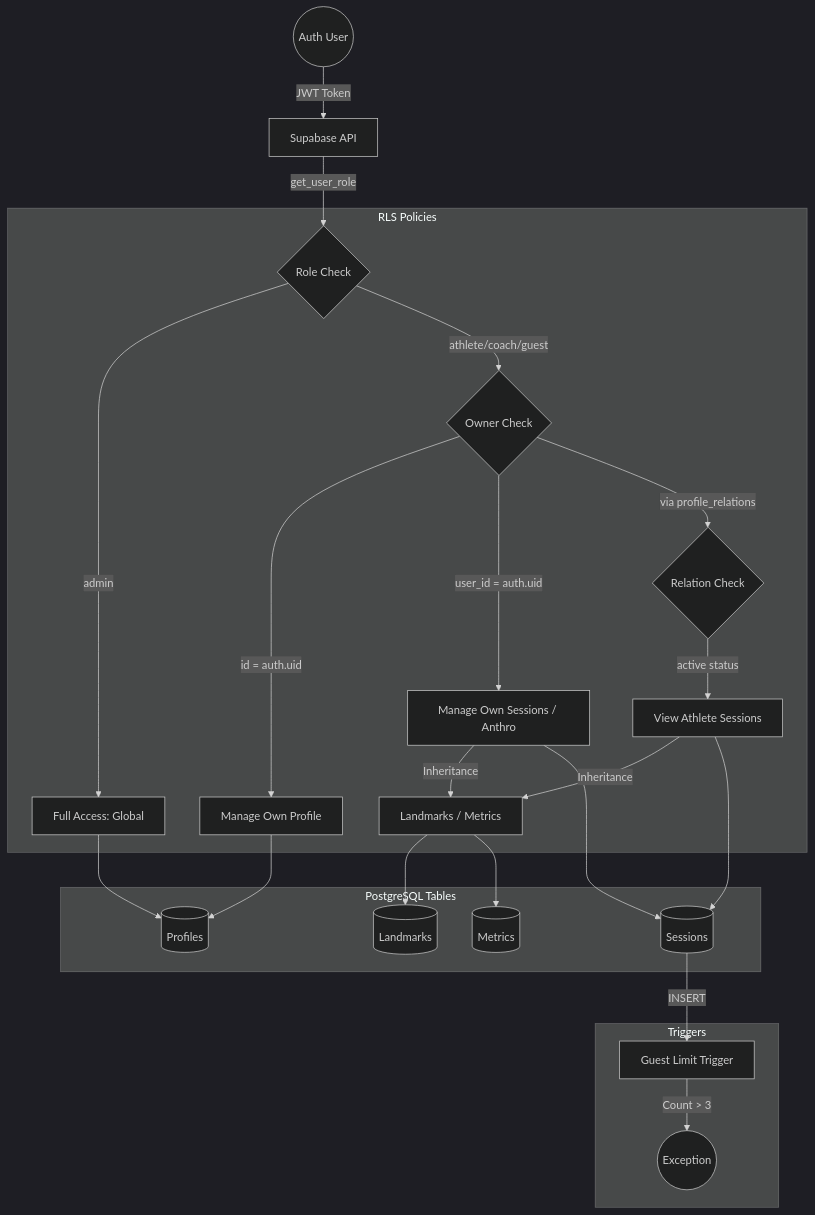
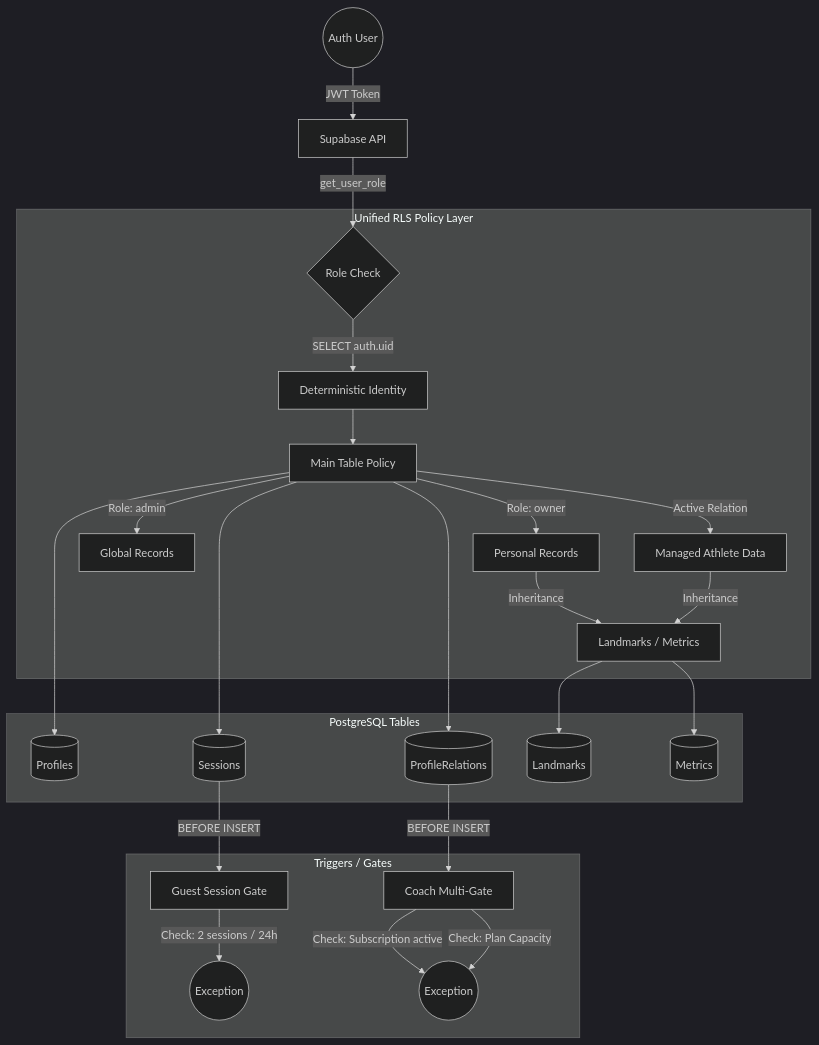
One commit to jc-bioeng/LiftSense changed the diagram in docs/diagrams/rls_flow.md. Above: the diagram before and after it, drawn with Mermaid (dark theme). The commit also changed other lines of this file and 17 other files, not shown here.

First line of the commit message:
feat(db): implement subscription enforcement and RLS performance optimization

````diff
--- a/docs/diagrams/rls_flow.md
+++ b/docs/diagrams/rls_flow.md
@@ -5,35 +5,35 @@
 ```mermaid
 graph TD
     User((Auth User)) -->|JWT Token| Supabase[Supabase API]
     Supabase -->|get_user_role| RoleCheck{Role Check}
     
-    subgraph AccessLogic [RLS Policies]
-        RoleCheck -->|admin| FullAccess[Full Access: Global]
-        RoleCheck -->|athlete/coach/guest| OwnerCheck{Owner Check}
+    subgraph AccessLogic [Unified RLS Policy Layer]
+        RoleCheck -->|SELECT auth.uid| Identity[Deterministic Identity]
+        Identity --> UnifiedPolicy[Main Table Policy]
         
-        OwnerCheck -->|id = auth.uid| OwnProfile[Manage Own Profile]
-        OwnerCheck -->|user_id = auth.uid| OwnSessions[Manage Own Sessions / Anthro]
+        UnifiedPolicy -->|Role: owner| OwnData[Personal Records]
+        UnifiedPolicy -->|Role: admin| AdminAccess[Global Records]
+        UnifiedPolicy -->|Active Relation| AthleteData[Managed Athlete Data]
         
-        OwnerCheck -->|via profile_relations| CoachCheck{Relation Check}
-        CoachCheck -->|active status| AthleteData[View Athlete Sessions]
-        
-        OwnSessions -->|Inheritance| SubData[Landmarks / Metrics]
+        OwnData -->|Inheritance| SubData[Landmarks / Metrics]
         AthleteData -->|Inheritance| SubData
     end
 
     subgraph DataTables [PostgreSQL Tables]
-        OwnProfile --> Profiles[(Profiles)]
-        FullAccess --> Profiles
-        
-        OwnSessions --> Sessions[(Sessions)]
-        AthleteData --> Sessions
+        UnifiedPolicy --> Profiles[(Profiles)]
+        UnifiedPolicy --> Sessions[(Sessions)]
+        UnifiedPolicy --> ProfileRelations[(ProfileRelations)]
         
         SubData --> Landmarks[(Landmarks)]
         SubData --> Metrics[(Metrics)]
     end
 
-    subgraph Automation [Triggers]
-        Sessions -->|INSERT| GuestLimit[Guest Limit Trigger]
-        GuestLimit -->|Count > 3| Deny((Exception))
+    subgraph BusinessEnforcement [Triggers / Gates]
+        Sessions -->|BEFORE INSERT| GuestLimit[Guest Session Gate]
+        GuestLimit -->|Check: 2 sessions / 24h| Deny1((Exception))
+        
+        ProfileRelations -->|BEFORE INSERT| CoachGate[Coach Multi-Gate]
+        CoachGate -->|Check: Subscription active| Deny2((Exception))
+        CoachGate -->|Check: Plan Capacity| Deny2
     end
 ```
````
